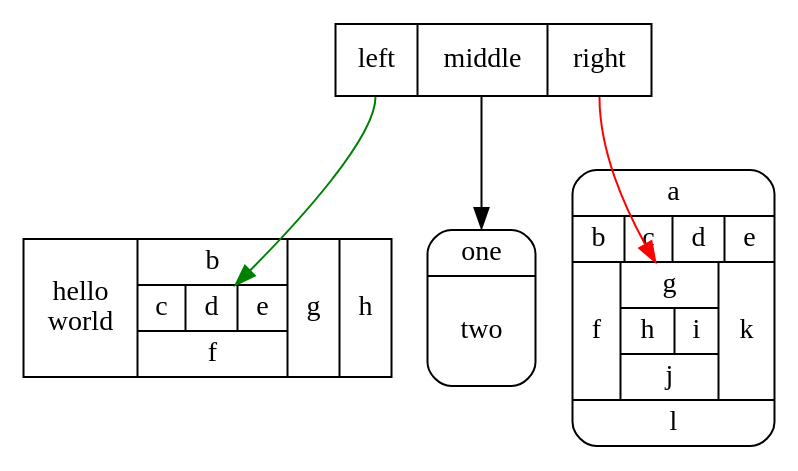
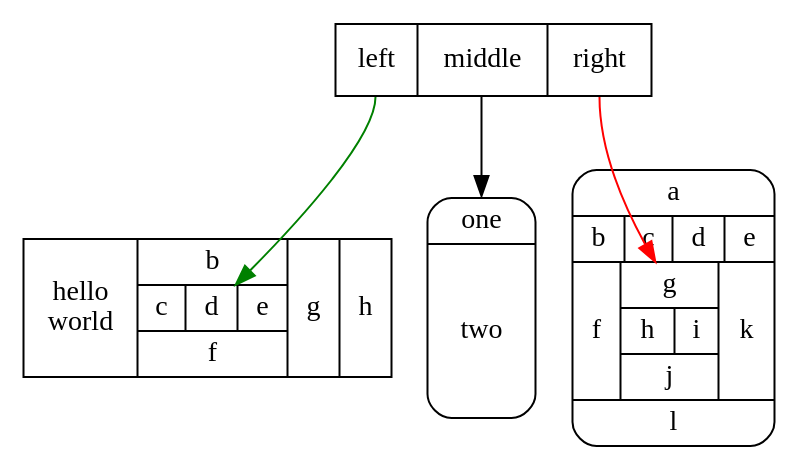
One commit to GiovaniPM/Graphs changed the diagram in Exemplos/record2.gv. Above: the diagram before and after it, drawn with Graphviz.

Commit message:
Giovani_Mesquita(RBST10164) 200317145044

```diff
--- a/Exemplos/record2.gv
+++ b/Exemplos/record2.gv
@@ -1,10 +1,10 @@
 digraph structs {
-	node[shape=record]
-	struct1 [label="<f0> left|<f1> middle|<f2> right"];
-	struct2 [label="{<f0> one|<f1> \ntwo\n\n}" shape=Mrecord];
+	node[shape=record];
+	struct1 [label="<f0>left|<f1>middle|<f2>right"];
+	struct2 [label="{<f0>one|<f1>\n\ntwo\n\n\n}" shape=Mrecord];
 	struct3 [label="hello\nworld |{ b |{c|<f1> d|e}| f}| g | h"];
 	struct4 [label="{a|{b|c|d|e}|{f|{<f0>g|{h|i}|j}|k}|l}" shape=Mrecord];
 	struct1:f1 -> struct2:f0;
 	struct1:f0 -> struct3:f1 [color=green];
 	struct1:f2 -> struct4:f0 [color=red];
 }
```
